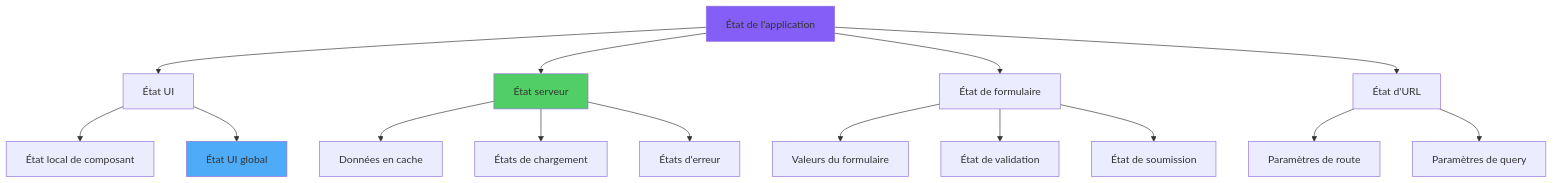
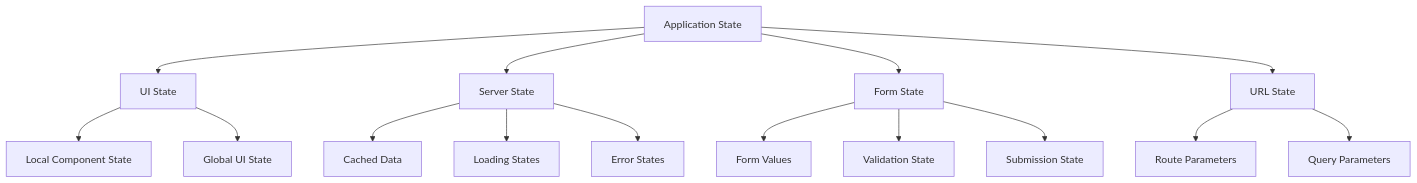
One commit to BabaScience/react-guides changed the first of 7 diagrams in arguments/chapters/fr/06-state-management.md. Above: the diagram before and after it, drawn with Mermaid. The commit also changed other lines of this file and 29 other files, not shown here.

First line of the commit message:
Bring React FR/IT translations to full English parity + theme-safe diagrams

````diff
--- a/arguments/chapters/fr/06-state-management.md
+++ b/arguments/chapters/fr/06-state-management.md
@@ -18,25 +26,22 @@
 ```mermaid
 graph TD
-    A["État de l'application"] --> B["État UI"]
-    A --> C["État serveur"]
-    A --> D["État de formulaire"]
-    A --> E["État d'URL"]
-
-    B --> B1["État local de composant"]
-    B --> B2["État UI global"]
-
-    C --> C1["Données en cache"]
-    C --> C2["États de chargement"]
-    C --> C3["États d'erreur"]
-
-    D --> D1["Valeurs du formulaire"]
-    D --> D2["État de validation"]
-    D --> D3["État de soumission"]
-
-    E --> E1["Paramètres de route"]
-    E --> E2["Paramètres de query"]
-
-    style A fill:#845ef7
-    style B2 fill:#4dabf7
-    style C fill:#51cf66
+    A[Application State] --> B[UI State]
+    A --> C[Server State]
+    A --> D[Form State]
+    A --> E[URL State]
+    
+    B --> B1[Local Component State]
+    B --> B2[Global UI State]
+    
+    C --> C1[Cached Data]
+    C --> C2[Loading States]
+    C --> C3[Error States]
+    
+    D --> D1[Form Values]
+    D --> D2[Validation State]
+    D --> D3[Submission State]
+    
+    E --> E1[Route Parameters]
+    E --> E2[Query Parameters]
+    
 ```
````
